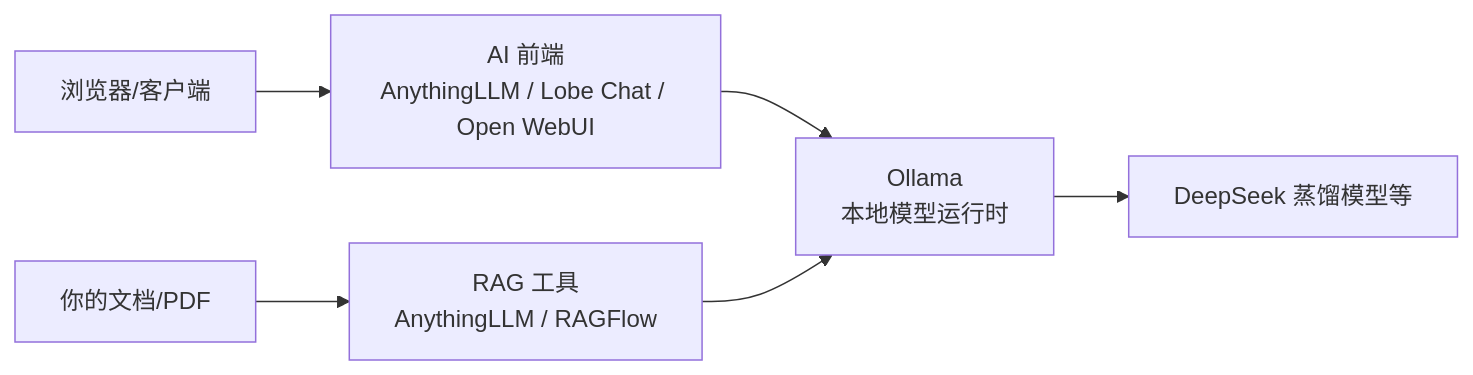
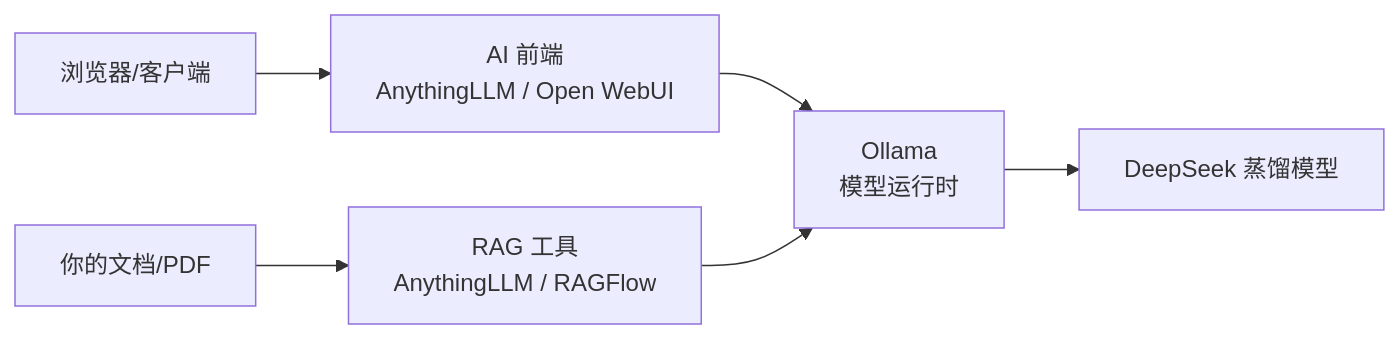
One commit to cv-superding/nas-guide changed the diagram in docs/07-应用服务/7.5-自托管AI.md. Above: the diagram before and after it, drawn with Mermaid. The commit also changed other lines of this file and 3 other files, not shown here.

````diff
--- a/docs/07-应用服务/7.5-自托管AI.md
+++ b/docs/07-应用服务/7.5-自托管AI.md
@@ -26,8 +21,8 @@
 ```mermaid
 flowchart LR
-    User[浏览器/客户端] --> Front[AI 前端<br/>AnythingLLM / Lobe Chat / Open WebUI]
-    Front --> Ollama[Ollama<br/>本地模型运行时]
-    Ollama --> Model[DeepSeek 蒸馏模型等]
-    Docs[你的文档/PDF] --> RAG[RAG 工具<br/>AnythingLLM / RAGFlow]
-    RAG --> Ollama
+    U[浏览器/客户端] --> F[AI 前端<br/>AnythingLLM / Open WebUI]
+    F --> O[Ollama<br/>模型运行时]
+    O --> M[DeepSeek 蒸馏模型]
+    D[你的文档/PDF] --> R[RAG 工具<br/>AnythingLLM / RAGFlow]
+    R --> O
 ```
````
